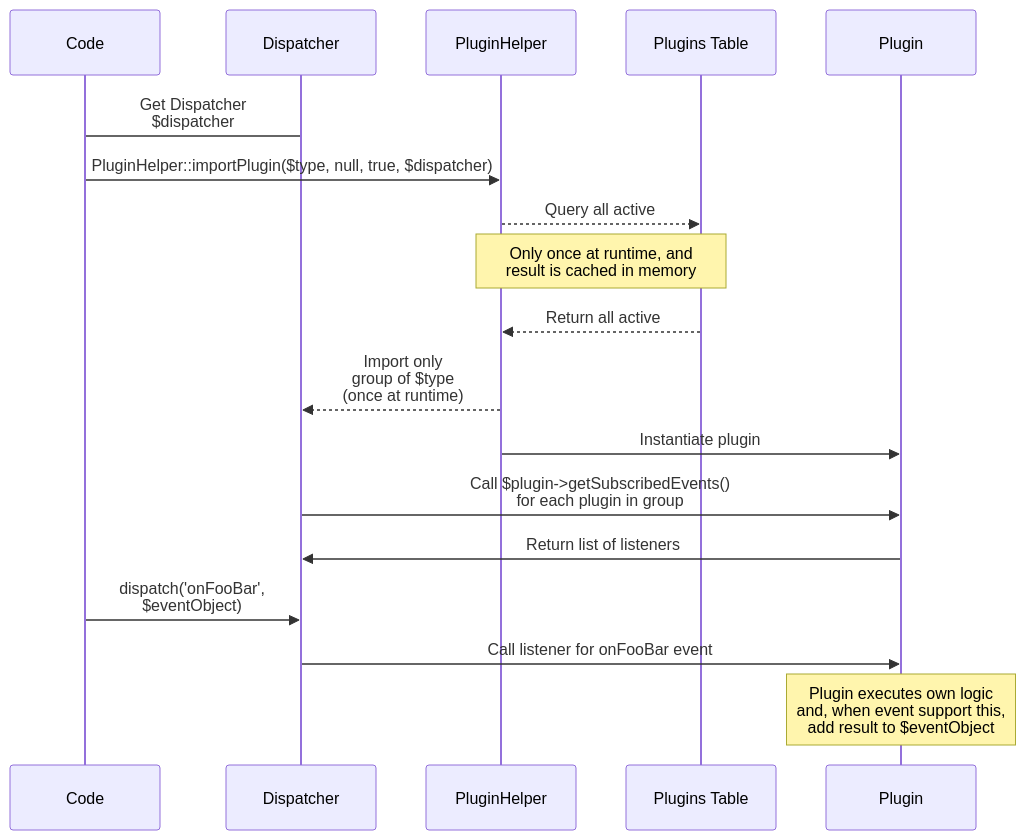
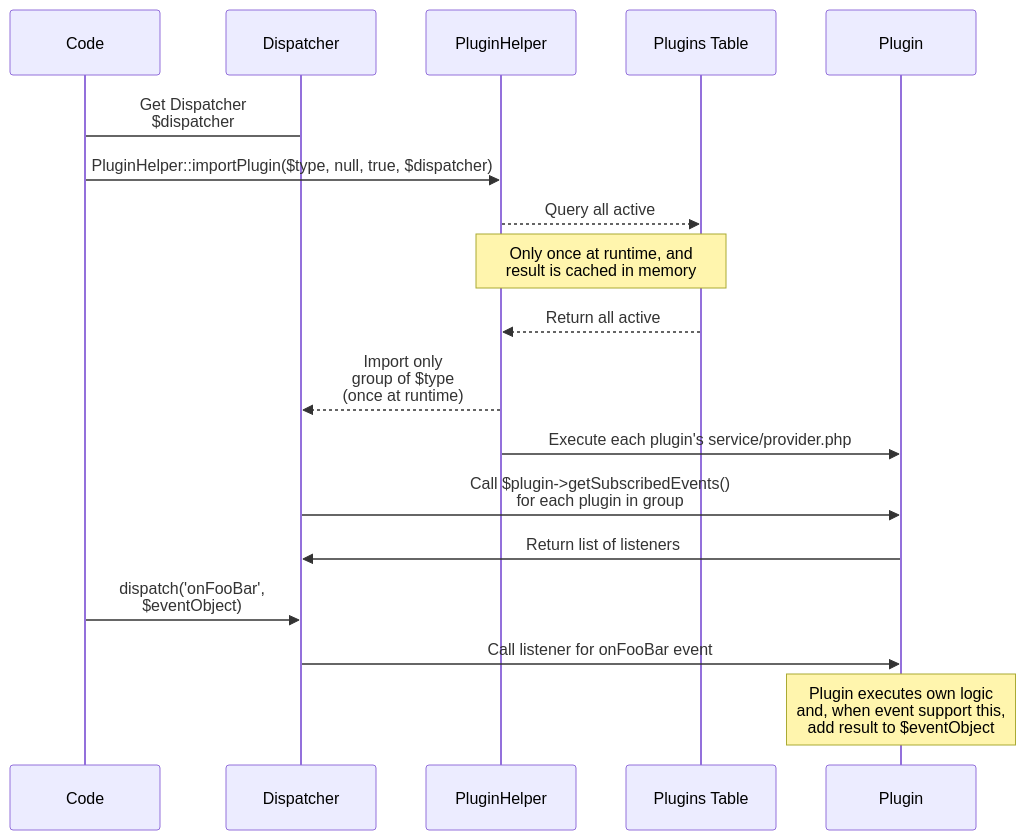
Before and after one commit to joomla/Manual: the diagram in versioned_docs/version-6.1/building-extensions/plugins/how-plugins-work.md, drawn with Mermaid. The commit also changed other lines of this file and 6 other files, not shown here.

````diff
--- a/versioned_docs/version-6.1/building-extensions/plugins/how-plugins-work.md
+++ b/versioned_docs/version-6.1/building-extensions/plugins/how-plugins-work.md
@@ -69,15 +69,15 @@
 ```mermaid
 sequenceDiagram
     Code->Dispatcher: Get Dispatcher <br>$dispatcher
     Code->>PluginHelper: PluginHelper::importPlugin($type, null, true, $dispatcher)
     PluginHelper-->>Plugins Table: Query all active
     Note over PluginHelper, Plugins Table: Only once at runtime, and <br>result is cached in memory
     Plugins Table-->>PluginHelper: Return all active
     PluginHelper-->>Dispatcher: Import only <br>group of $type <br>(once at runtime)
-    PluginHelper->>Plugin: Instantiate plugin
+    PluginHelper->>Plugin: Execute each plugin's service/provider.php
     Dispatcher->>Plugin: Call $plugin->getSubscribedEvents() <br>for each plugin in group
     Plugin->>Dispatcher: Return list of listeners
     Code->>Dispatcher: dispatch('onFooBar', <br>$eventObject)
     Dispatcher->>Plugin: Call listener for onFooBar event
     Note over Plugin: Plugin executes own logic <br>and, when event support this, <br>add result to $eventObject
 ```
````
